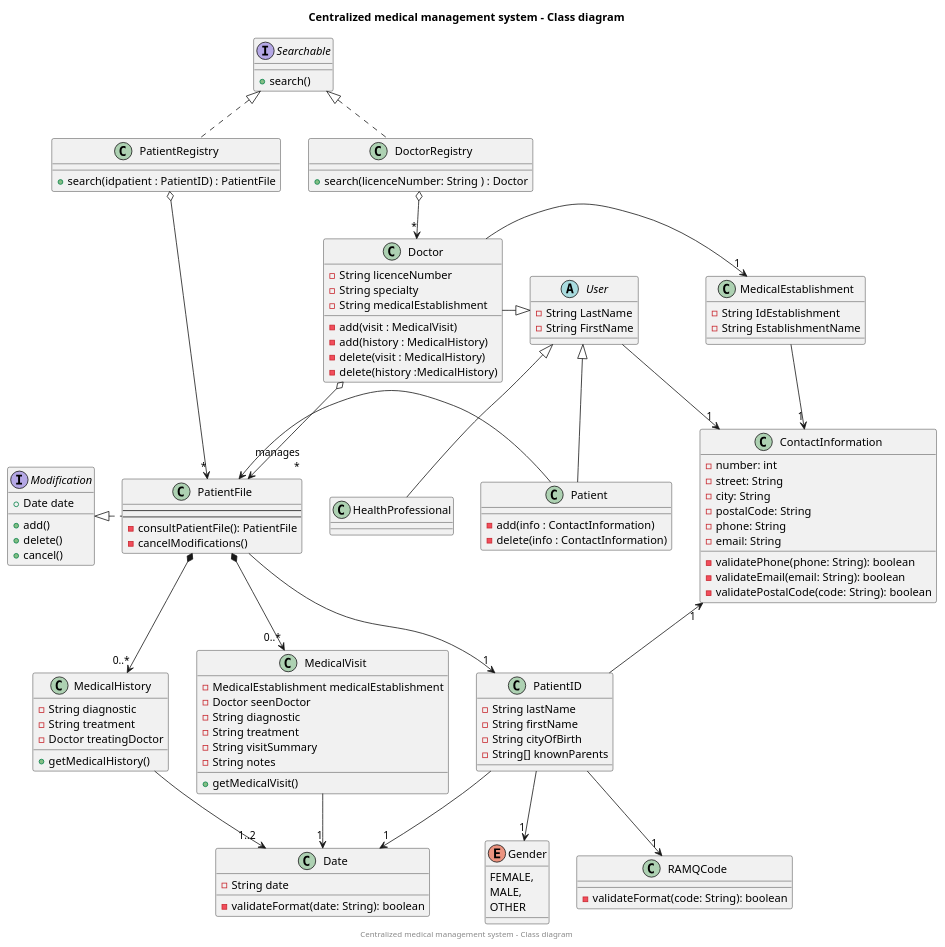
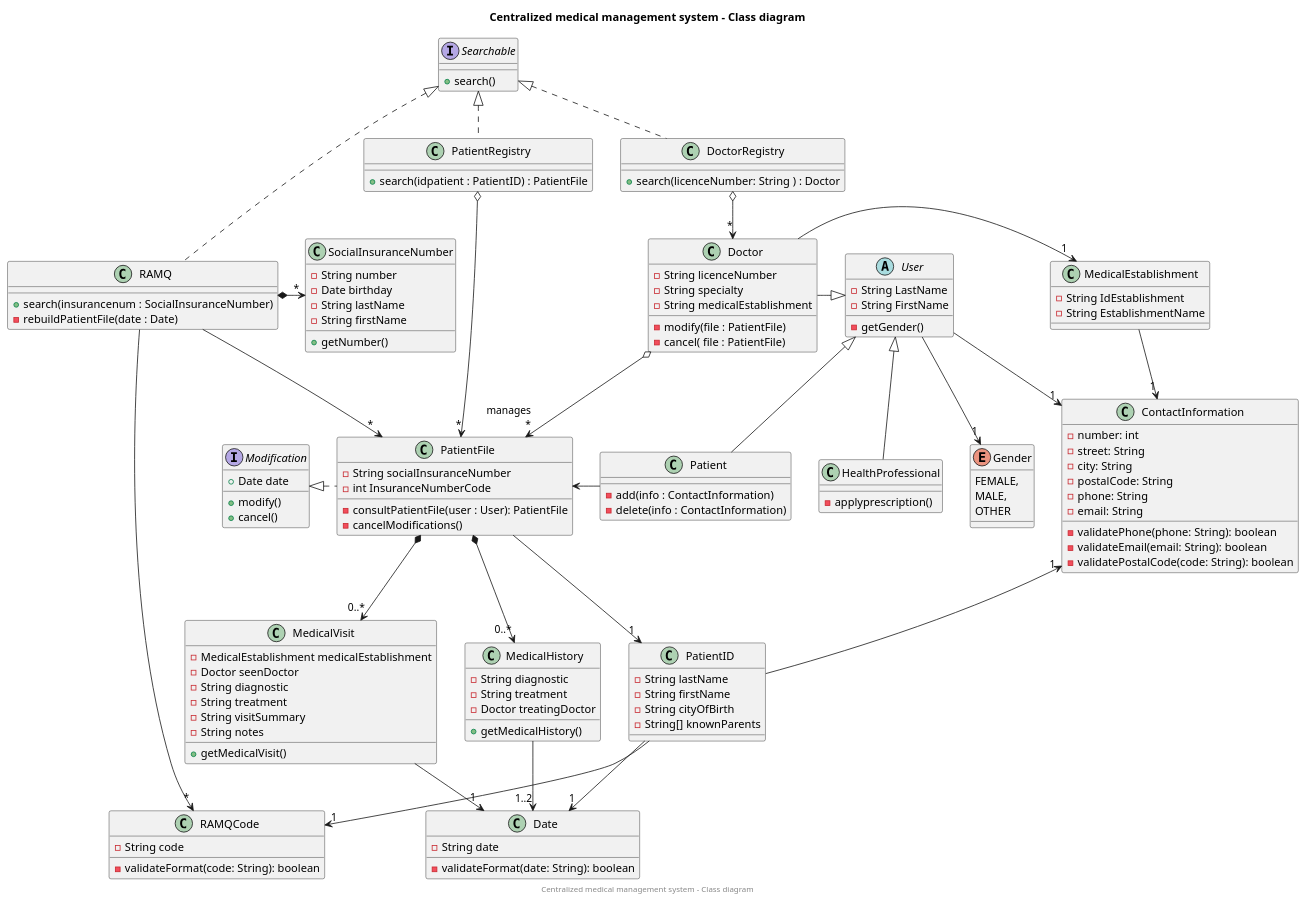
The diagram in Models/plantuml/class.puml (AmineSdi/PROJET_JAVAFX), drawn with PlantUML before and after one commit.

Commit message:
Ajoute les classes RAMQ et assurance maladie

```diff
--- a/Models/plantuml/class.puml
+++ b/Models/plantuml/class.puml
@@ -1,163 +1,182 @@
 @startuml
 title Centralized medical management system - Class diagram
 center footer Centralized medical management system - Class diagram
 
 ' TODO : Methods for each class.
 ' TODO : Add responsibilities? interfaces?
 ' TODO : clean up
 
 class PatientRegistry {
 + search(idpatient : PatientID) : PatientFile
 }
 PatientRegistry o-> "*" PatientFile
 
 interface Searchable {
 + search()
 }
 Searchable <|.. DoctorRegistry
 Searchable <|.. PatientRegistry
 
 class DoctorRegistry {
 + search(licenceNumber: String ) : Doctor
 }
 DoctorRegistry o--> "*" Doctor
 
 class PatientFile{
+     -String socialInsuranceNumber
+     -int InsuranceNumberCode
 '    -PatientID patientID
 '    -MedicalVisits[] medicalVisits
 '    -MedicalHistory[] medicalHistory
-    --
-    'PUBLIC METHODS
-    --
+
     'PRIVATE METHODS
-    - consultPatientFile(): PatientFile
+    - consultPatientFile(user : User): PatientFile
     - cancelModifications()
 }
 
 abstract class User{
 - String LastName
 - String FirstName
+{method} - getGender()
 }
+
+class RAMQ {
+{method} +search(insurancenum : SocialInsuranceNumber)
+- rebuildPatientFile(date : Date)
+
+}
+
+class SocialInsuranceNumber {
+- String number
+- Date birthday
+- String lastName
+- String firstName
+{method} + getNumber()
+}
+
+RAMQ *->"*" SocialInsuranceNumber
+Searchable <|... RAMQ
+RAMQ ->"*" RAMQCode
+RAMQ -->"*"PatientFile
 
 class Patient{
 {method}- add(info : ContactInformation)
 -delete(info : ContactInformation)
 }
 PatientFile <- Patient
 
 User <|-- Patient
 User -->"1" ContactInformation
 
 
 class HealthProfessional{
+{method} - applyprescription()
 }
 
 User <|-- HealthProfessional
 
 class MedicalEstablishment{
 
 - String IdEstablishment
 - String EstablishmentName
 
 }
 MedicalEstablishment ->"1" ContactInformation
 Doctor ->"1" MedicalEstablishment
 
 class MedicalHistory{
     -String diagnostic
     -String treatment
     -Doctor treatingDoctor
 '    -DatePair datePair
 {method} + getMedicalHistory()
 }
 
 class MedicalVisit{
     -MedicalEstablishment medicalEstablishment
     -Doctor seenDoctor
 '   -Date visitDate
     -String diagnostic
     -String treatment
     -String visitSummary
     -String notes
 {method} +getMedicalVisit()
 }
 
 class Doctor{
     -String licenceNumber
     -String specialty
     -String medicalEstablishment
-{method}- add(visit : MedicalVisit)
-- add(history : MedicalHistory)
--delete(visit : MedicalHistory)
-- delete(history :MedicalHistory)
+{method}-modify(file : PatientFile)
+-cancel( file : PatientFile)
 
 }
 
 class PatientID {
     -String lastName
     -String firstName
 '    -Date dateOfBirth
     -String cityOfBirth
     -String[] knownParents
 }
 
 class ContactInformation {
     - number: int
     - street: String
     - city: String
     - postalCode: String
     - phone: String
     - email: String
 '    + modifyContactInfo()
     - validatePhone(phone: String): boolean
     - validateEmail(email: String): boolean
     - validatePostalCode(code: String): boolean
 }
 
 'class Interface{
 '}
 
 class RAMQCode{
-    -validateFormat(code: String): boolean
+- String code
+{method}-validateFormat(code: String): boolean
 }
 
 class Date{
     -String date
     -validateFormat(date: String): boolean
 }
 
 interface Modification {
 + Date date
-{method}+ add()
-+ delete()
+{method}+modify()
 + cancel()
 
 }
 Modification <|. PatientFile
 
 enum Gender{
     FEMALE,
     MALE,
     OTHER
 }
 
 'Interface -- Doctor
 'Interface -- PatientFile
 
 Doctor o--> "manages\r*" PatientFile
 Doctor -|> User
 
 PatientFile --> "1" PatientID
 PatientFile *--> "0..*" MedicalHistory
 PatientFile *--> "0..*" MedicalVisit
 
 PatientID --> "1" Date
 PatientID --> "1" RAMQCode
-PatientID --> "1" Gender
+User --> "1" Gender
 
 ContactInformation "1" <- PatientID
 
 MedicalHistory --> "1..2" Date
 MedicalVisit --> "1" Date
 
 @enduml
```
